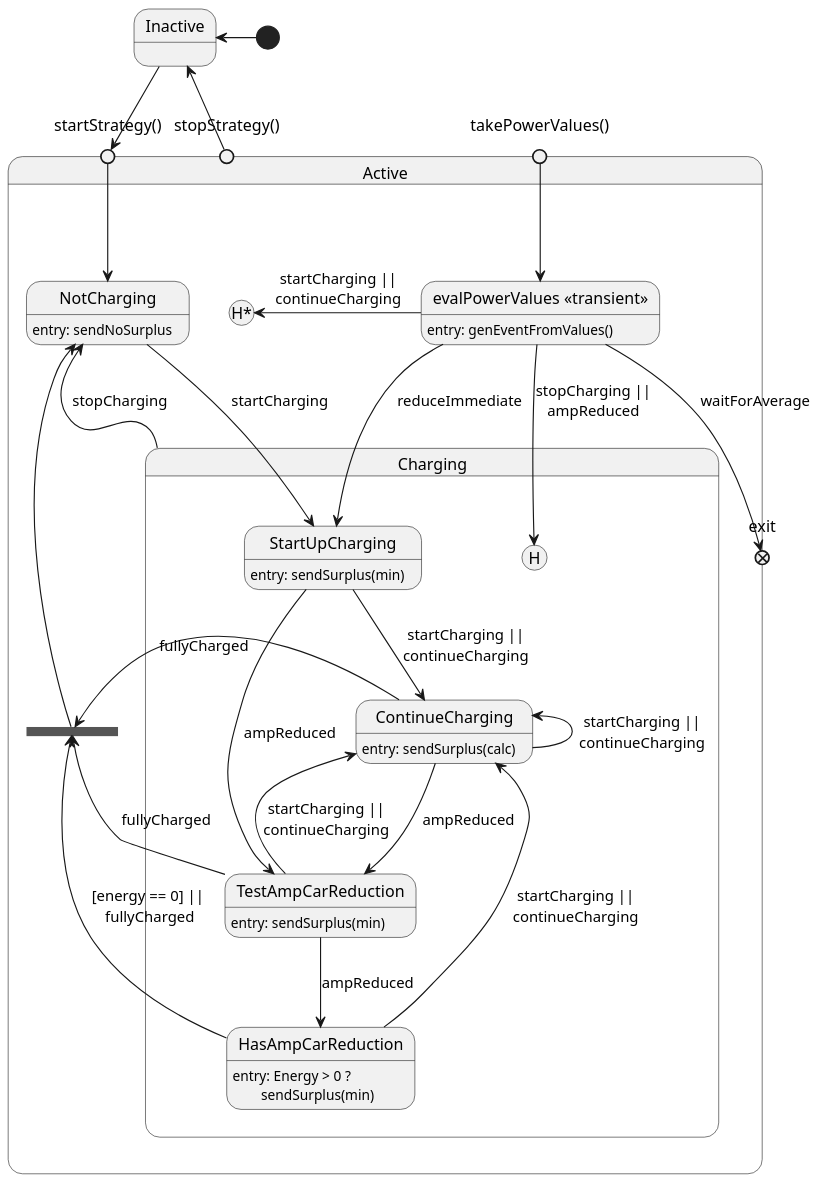
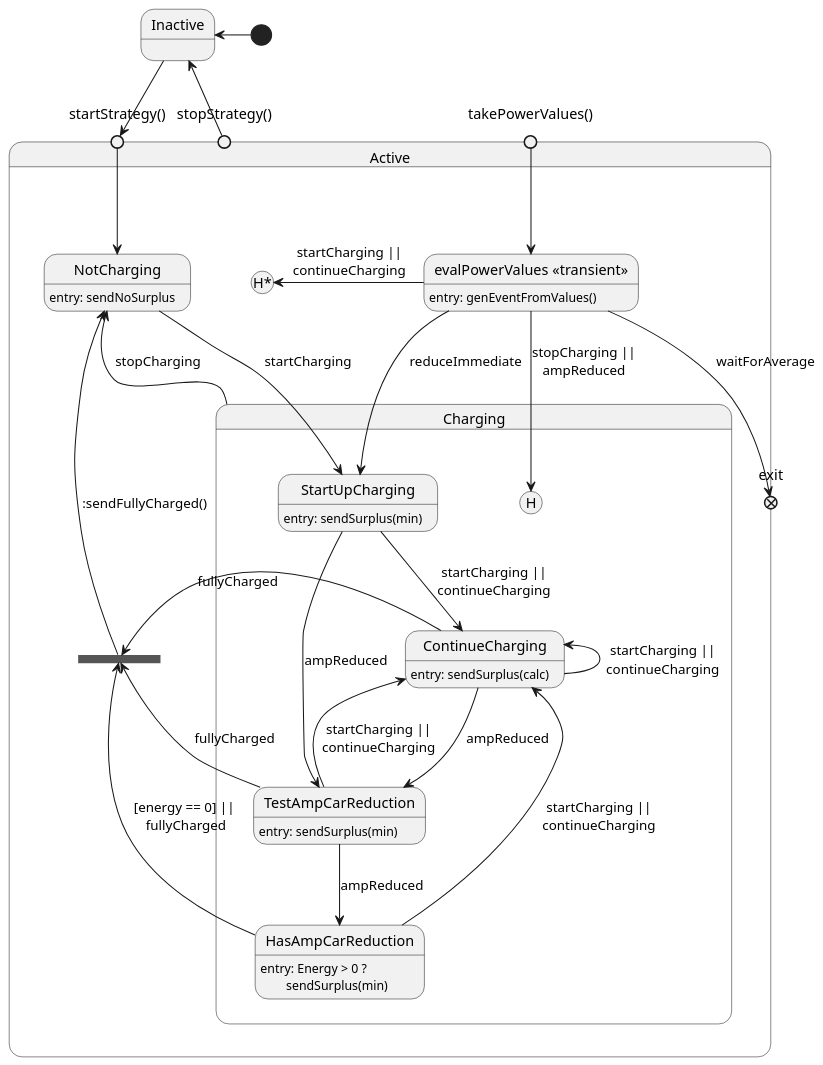
Before and after one commit to geobe/energyControl: the diagram in src/main/groovy/de/geobe/energy/automation/PvChargeStrategySM.puml, drawn with PlantUML. The commit also changed 34 other files, not shown here.

```diff
--- a/src/main/groovy/de/geobe/energy/automation/PvChargeStrategySM.puml
+++ b/src/main/groovy/de/geobe/energy/automation/PvChargeStrategySM.puml
@@ -1,75 +1,75 @@
 @startuml
 'https://plantuml.com/state-diagram
 
 scale 1000 width
 state "Inactive" as ia
 'act -left-> act : [takePowerValues : eval]
 state "Active" as act {
 
 '    act: on: powerValues : \n\tcheck stop immediate,\n\tcalculate values,\n\tdelegate to substate
 
     state "takePowerValues()" as pv <<entryPoint>>
     state "startStrategy()" as start <<entryPoint>>
     state "stopStrategy()" as stop <<entryPoint>>
 
     start -down-> nc
 
 
     state "NotCharging" as nc
     nc: entry: sendNoSurplus
 
     state ncj <<join>>
 
  '   state "Filling Stack" as fill
 
     state "evalPowerValues <<transient>>" as eval
         eval: entry: genEventFromValues()
 
     state "Charging" as chg {
 
         state "StartUpCharging" as sc
         sc: entry: sendSurplus(min)
 
         state "ContinueCharging" as ch
         ch: entry: sendSurplus(calc)
 
         state "TestAmpCarReduction" as tr
         tr: entry: sendSurplus(min)
 
         state "HasAmpCarReduction" as hr
         hr: entry: Energy > 0 ?\n\tsendSurplus(min)
         nc --> sc : startCharging
 
         eval --> [H] : stopCharging ||\nampReduced
 
     }
     state exit <<exitPoint>>
 
     eval -left-> [H*] : startCharging ||\ncontinueCharging
     eval --> exit : waitForAverage
     eval -down-> sc : reduceImmediate
 
 
     chg -up-> nc : stopCharging
 
     sc -down-> ch : startCharging ||\ncontinueCharging
     sc --> tr : ampReduced
     ch -left-> ch : startCharging ||\ncontinueCharging
     ch -down-> tr : ampReduced
     tr -up-> ch : startCharging ||\ncontinueCharging
     tr -down-> hr : ampReduced
     hr -up-> ch : startCharging ||\ncontinueCharging
     hr -up-> ncj : [energy == 0] ||\n fullyCharged
     tr -up-> ncj : fullyCharged
     ch --> ncj : fullyCharged
-    ncj -up-> nc
+    ncj -up-> nc : :sendFullyCharged()
 
 }
 
 pv --> eval
 [*] -left-> ia
 'exit -down-> [*] : [stopStrategy]
 stop -up-> ia
 ia -down-> start
 'stop -up-> [*]
 @enduml
```
